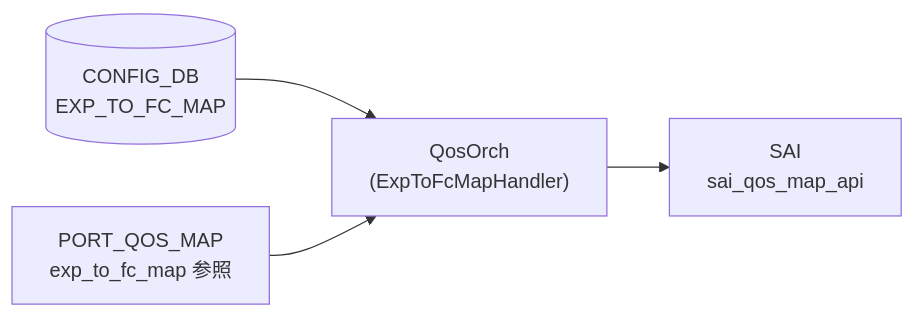
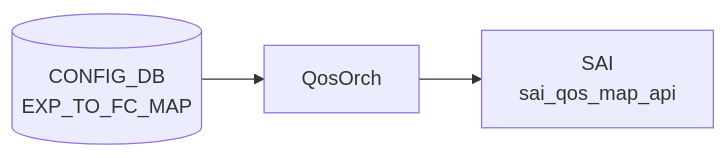
Before and after one commit to aoki-taquan/sonic-unofficial-docs: the diagram in docs/reference/config-db/exp-to-fc-map.md, drawn with Mermaid. The commit also changed other lines of this file and 359 other files, not shown here.

````diff
--- a/docs/reference/config-db/exp-to-fc-map.md
+++ b/docs/reference/config-db/exp-to-fc-map.md
@@ -33,10 +33,8 @@
 ```mermaid
 flowchart LR
   CDB[("CONFIG_DB<br/>EXP_TO_FC_MAP")]
-  DM["QosOrch<br/>(ExpToFcMapHandler)"]
+  DM["QosOrch"]
   CDB --> DM
   SAI["SAI<br/>sai_qos_map_api"]
   DM --> SAI
-  PORT["PORT_QOS_MAP<br/>exp_to_fc_map 参照"]
-  PORT --> DM
 ```
````
